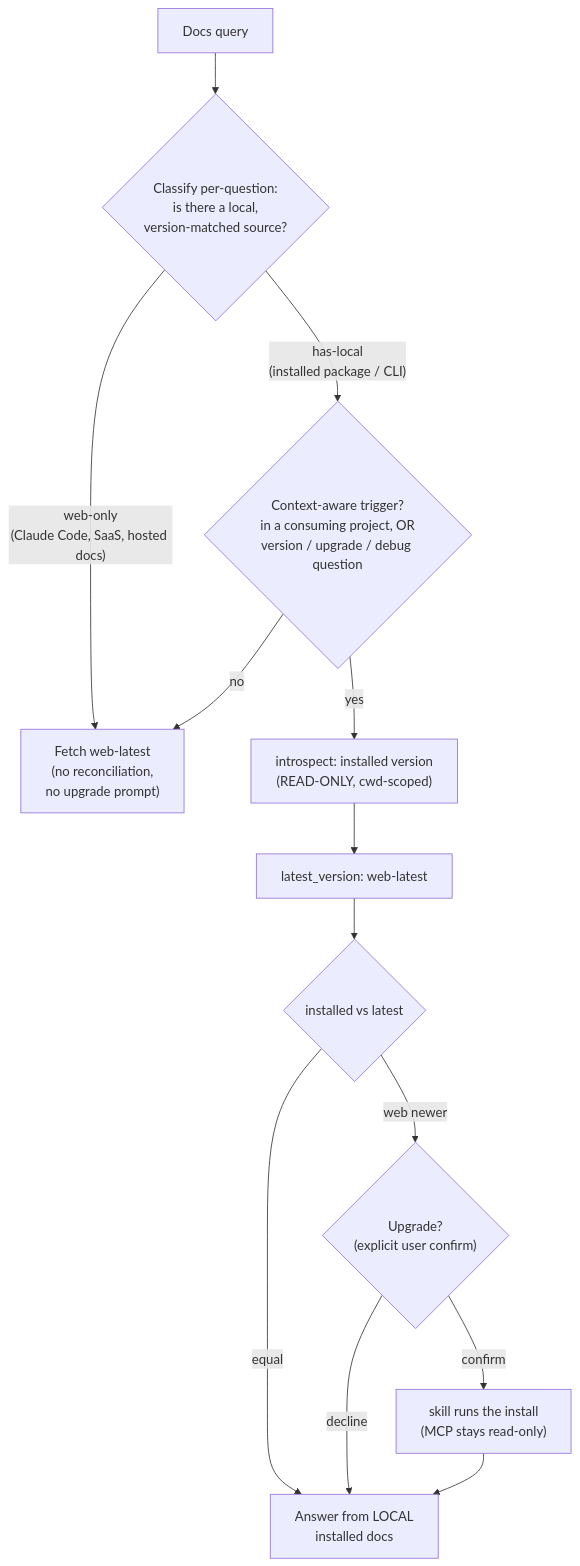
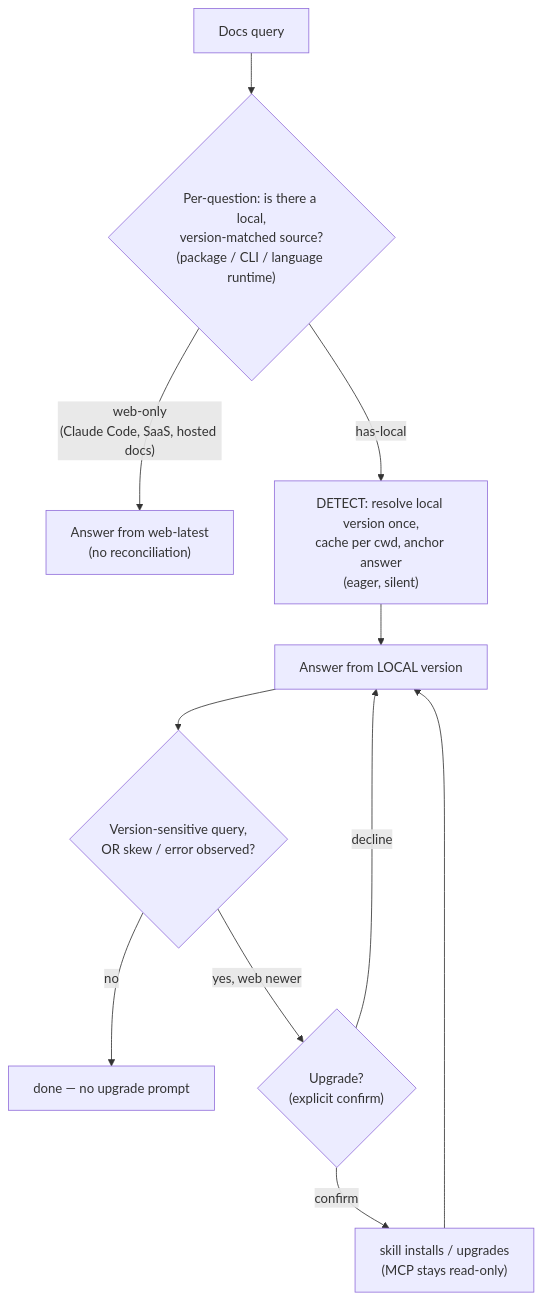
Before and after one commit to PsychQuant/livedocs: the diagram in docs/wiki/Version-Reconciliation.md, drawn with Mermaid. The commit also changed other lines of this file and 3 other files, not shown here.

Commit message:
docs(wiki): update Version Reconciliation for detect/surface + runtime kind

````diff
--- a/docs/wiki/Version-Reconciliation.md
+++ b/docs/wiki/Version-Reconciliation.md
@@ -11,15 +19,13 @@
 ```mermaid
 flowchart TD
-    Q["Docs query"] --> C{"Classify per-question:<br/>is there a local,<br/>version-matched source?"}
-    C -->|"web-only<br/>(Claude Code, SaaS, hosted docs)"| W["Fetch web-latest<br/>(no reconciliation,<br/>no upgrade prompt)"]
-    C -->|"has-local<br/>(installed package / CLI)"| T{"Context-aware trigger?<br/>in a consuming project, OR<br/>version / upgrade / debug question"}
-    T -->|"no"| W
-    T -->|"yes"| L["introspect: installed version<br/>(READ-ONLY, cwd-scoped)"]
-    L --> V["latest_version: web-latest"]
-    V --> CMP{"installed vs latest"}
-    CMP -->|"equal"| LOCAL["Answer from LOCAL<br/>installed docs"]
-    CMP -->|"web newer"| U{"Upgrade?<br/>(explicit user confirm)"}
-    U -->|"decline"| LOCAL
-    U -->|"confirm"| INS["skill runs the install<br/>(MCP stays read-only)"]
-    INS --> LOCAL
+    Q["Docs query"] --> C{"Per-question: is there a local,<br/>version-matched source?<br/>(package / CLI / language runtime)"}
+    C -->|"web-only<br/>(Claude Code, SaaS, hosted docs)"| W["Answer from web-latest<br/>(no reconciliation)"]
+    C -->|"has-local"| D["DETECT: resolve local version once,<br/>cache per cwd, anchor answer<br/>(eager, silent)"]
+    D --> A["Answer from LOCAL version"]
+    A --> S{"Version-sensitive query,<br/>OR skew / error observed?"}
+    S -->|"no"| DONE["done — no upgrade prompt"]
+    S -->|"yes, web newer"| U{"Upgrade?<br/>(explicit confirm)"}
+    U -->|"decline"| A
+    U -->|"confirm"| INS["skill installs / upgrades<br/>(MCP stays read-only)"]
+    INS --> A
 ```
````
